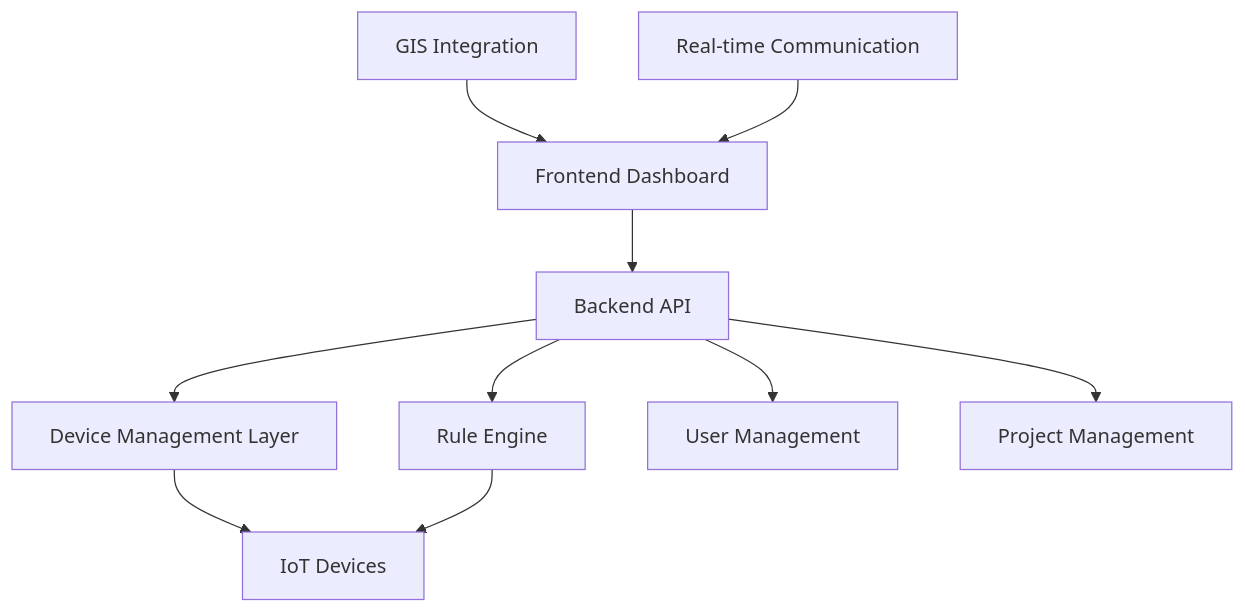
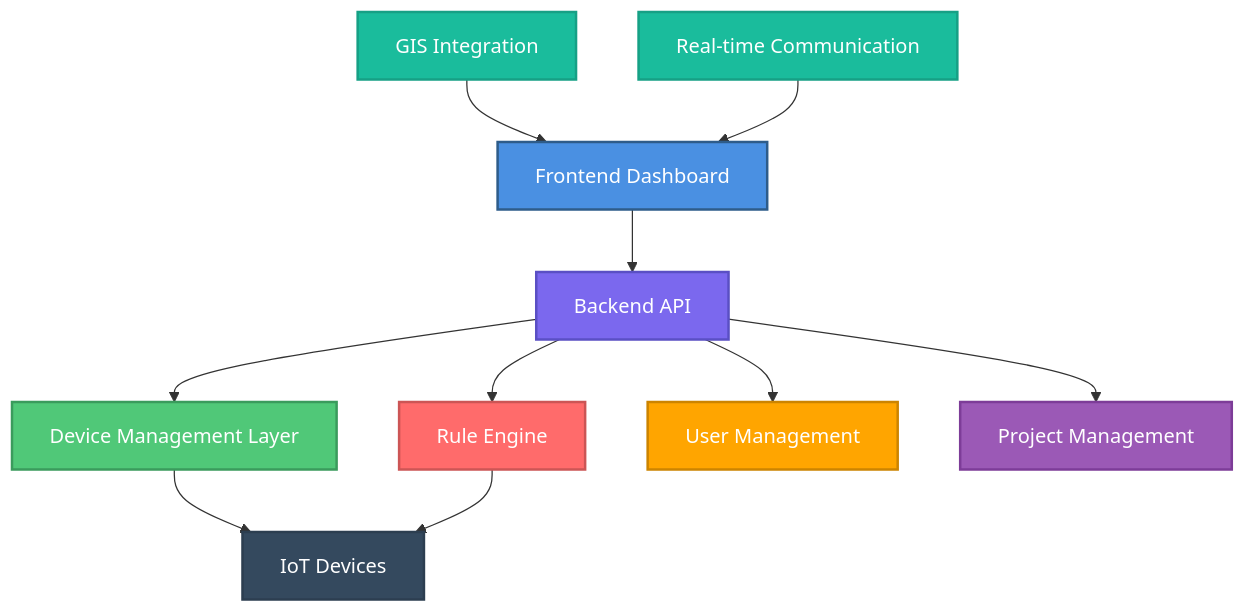
One commit to LinhDangDev/knowledge_base changed the first of 2 diagrams in SHUNCOM RULR Knowledge Base/01-Overview/01-System Overview.md. Above: the diagram before and after it, drawn with Mermaid. The commit also changed other lines of this file and 43 other files, not shown here.

````diff
--- a/SHUNCOM RULR Knowledge Base/01-Overview/01-System Overview.md
+++ b/SHUNCOM RULR Knowledge Base/01-Overview/01-System Overview.md
@@ -14,14 +15,23 @@
 ```mermaid
 graph TB
-    A[Frontend Dashboard] --> B[Backend API]
-    B --> C[Device Management Layer]
-    B --> D[Rule Engine]
-    B --> E[User Management]
-    B --> F[Project Management]
-    
-    C --> G[IoT Devices]
+    A[Frontend Dashboard]:::frontend --> B[Backend API]:::backend
+    B --> C[Device Management Layer]:::device
+    B --> D[Rule Engine]:::rule
+    B --> E[User Management]:::user
+    B --> F[Project Management]:::project
+
+    C --> G[IoT Devices]:::iot
     D --> G
-    
-    H[GIS Integration] --> A
-    I[Real-time Communication] --> A
+
+    H[GIS Integration]:::integration --> A
+    I[Real-time Communication]:::integration --> A
+
+    classDef frontend fill:#4A90E2,stroke:#2E5C8A,stroke-width:2px,color:#fff
+    classDef backend fill:#7B68EE,stroke:#5A4FC4,stroke-width:2px,color:#fff
+    classDef device fill:#50C878,stroke:#3A9B5C,stroke-width:2px,color:#fff
+    classDef rule fill:#FF6B6B,stroke:#CC5555,stroke-width:2px,color:#fff
+    classDef user fill:#FFA500,stroke:#CC8400,stroke-width:2px,color:#fff
+    classDef project fill:#9B59B6,stroke:#7D3C98,stroke-width:2px,color:#fff
+    classDef iot fill:#34495E,stroke:#2C3E50,stroke-width:2px,color:#fff
+    classDef integration fill:#1ABC9C,stroke:#16A085,stroke-width:2px,color:#fff
 ```
````
